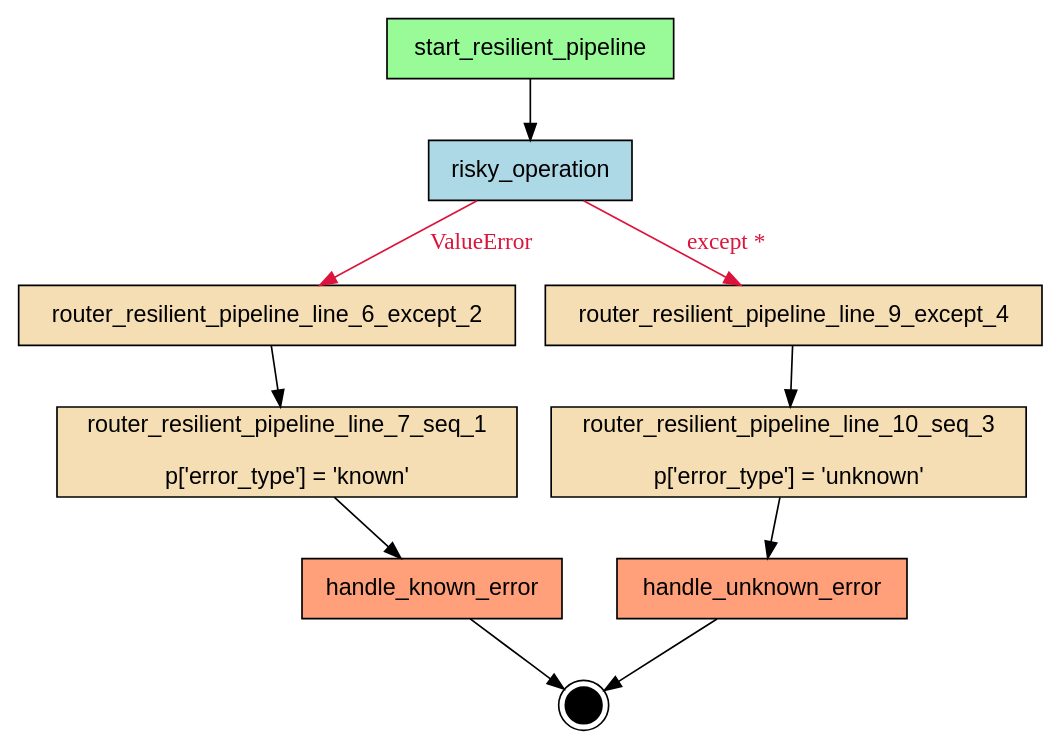
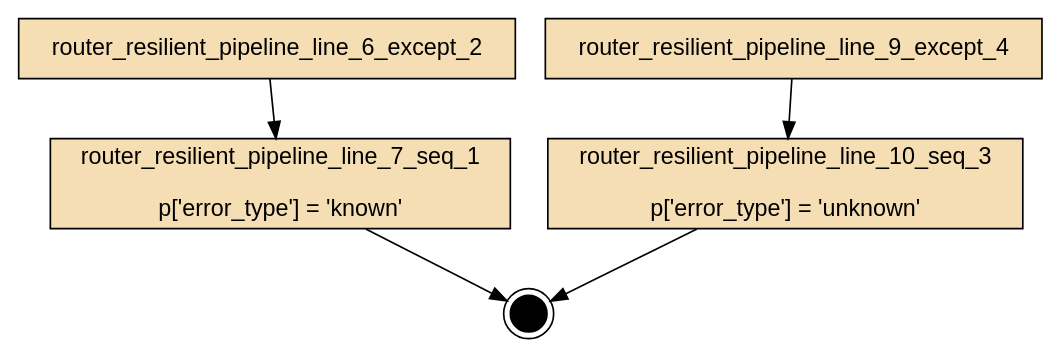
Before and after one commit to deliveryhero/asya: the diagram in examples/flows/compiled/try_except_catch_all/flow.dot, drawn with Graphviz. The commit also changed 210 other files, not shown here.

First line of the commit message:
feat: add .asya/ config for example flows, update flow-dsl.md

```diff
--- a/examples/flows/compiled/try_except_catch_all/flow.dot
+++ b/examples/flows/compiled/try_except_catch_all/flow.dot
@@ -1,27 +1,16 @@
 digraph "resilient_pipeline" {
     rankdir=TB;
     node [shape=box, style=filled, fontname="Helvetica"];
 
-    { rank=source; start_resilient_pipeline; }
-
-    handle_known_error [label="handle_known_error", fillcolor=lightsalmon];
-    handle_unknown_error [label="handle_unknown_error", fillcolor=lightsalmon];
-    risky_operation [label="risky_operation", fillcolor=lightblue];
     router_resilient_pipeline_line_10_seq_3 [label="router_resilient_pipeline_line_10_seq_3\n\np['error_type'] = 'unknown'", fillcolor=wheat];
     router_resilient_pipeline_line_6_except_2 [label="router_resilient_pipeline_line_6_except_2", fillcolor=wheat];
     router_resilient_pipeline_line_7_seq_1 [label="router_resilient_pipeline_line_7_seq_1\n\np['error_type'] = 'known'", fillcolor=wheat];
     router_resilient_pipeline_line_9_except_4 [label="router_resilient_pipeline_line_9_except_4", fillcolor=wheat];
-    start_resilient_pipeline [label="start_resilient_pipeline", fillcolor=palegreen];
 
     __end__ [label="", shape=doublecircle, fillcolor=black, width=0.3, fixedsize=true];
 
-    start_resilient_pipeline -> risky_operation;
-    router_resilient_pipeline_line_7_seq_1 -> handle_known_error;
     router_resilient_pipeline_line_6_except_2 -> router_resilient_pipeline_line_7_seq_1;
-    router_resilient_pipeline_line_10_seq_3 -> handle_unknown_error;
     router_resilient_pipeline_line_9_except_4 -> router_resilient_pipeline_line_10_seq_3;
-    risky_operation -> router_resilient_pipeline_line_6_except_2 [label="ValueError", color="#DC143C", fontcolor="#DC143C"];
-    risky_operation -> router_resilient_pipeline_line_9_except_4 [label="except *", color="#DC143C", fontcolor="#DC143C"];
-    handle_known_error -> __end__;
-    handle_unknown_error -> __end__;
+    router_resilient_pipeline_line_10_seq_3 -> __end__;
+    router_resilient_pipeline_line_7_seq_1 -> __end__;
 }
```
